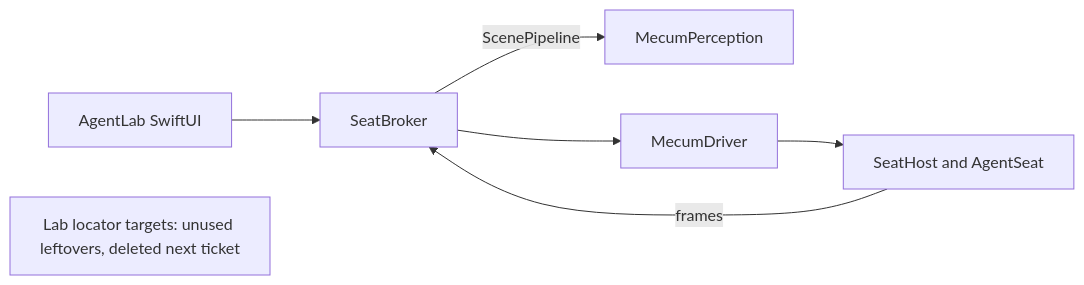
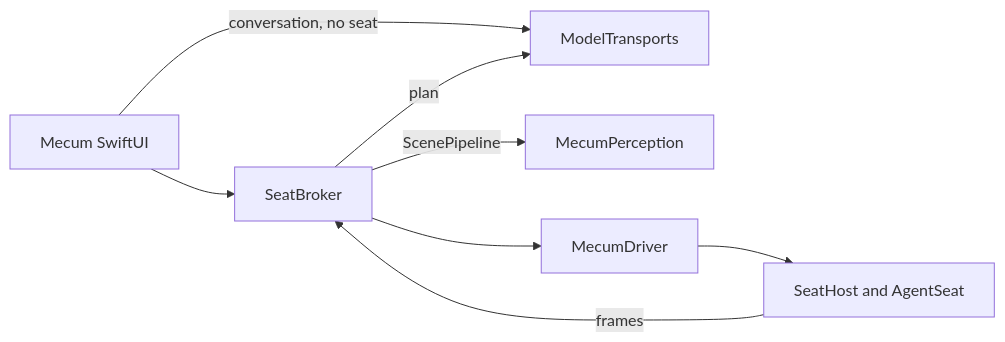
The diagram in Documentation/SeatBroker/CONTEXT.md (ForteAI-Org/mecum), drawn with Mermaid before and after one commit. The commit also changed other lines of this file and 30 other files, not shown here.

````diff
--- a/Documentation/SeatBroker/CONTEXT.md
+++ b/Documentation/SeatBroker/CONTEXT.md
@@ -64,9 +79,10 @@
 ```mermaid
 flowchart LR
-    Lab[AgentLab SwiftUI] --> Broker[SeatBroker]
+    Lab[Mecum SwiftUI] --> Broker[SeatBroker]
+    Lab -->|conversation, no seat| Transports[ModelTransports]
     Broker -->|ScenePipeline| Perception[MecumPerception]
     Broker --> Driver[MecumDriver]
+    Broker -->|plan| Transports
     Driver --> Seat[SeatHost and AgentSeat]
     Seat -->|frames| Broker
-    Locator[Lab locator targets: unused leftovers, deleted next ticket]
 ```
````
